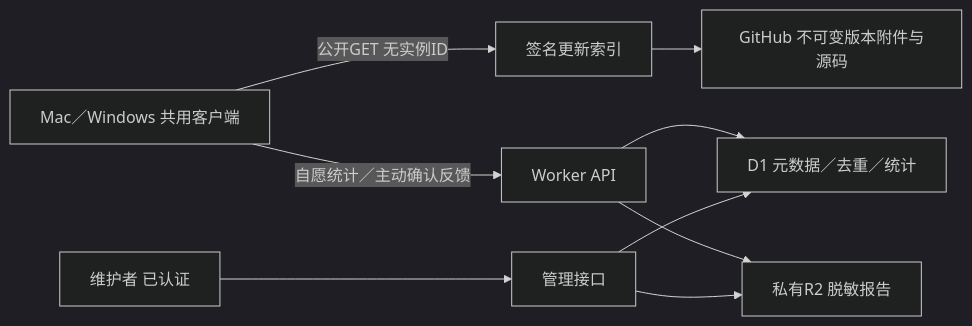
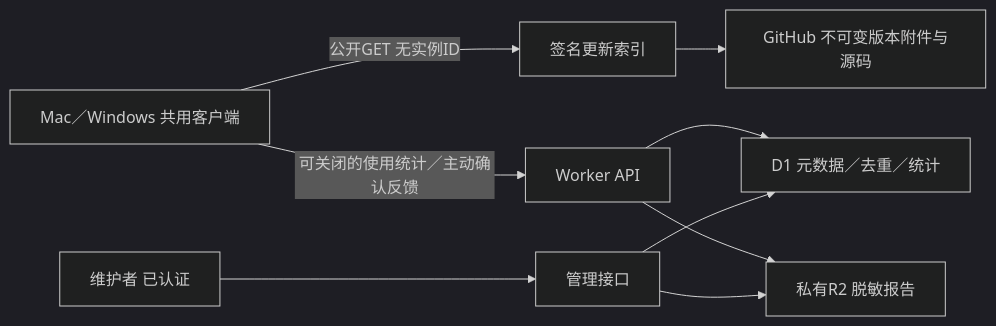
One commit to xyzhangxin/sony-a6700-powerful changed the diagram in 应用/docs/轻量服务端设计.md. Above: the diagram before and after it, drawn with Mermaid (dark theme). The commit also changed other lines of this file and 233 other files, not shown here.

````diff
--- a/应用/docs/轻量服务端设计.md
+++ b/应用/docs/轻量服务端设计.md
@@ -9,11 +9,11 @@
 ```mermaid
 flowchart LR
   Client[Mac／Windows 共用客户端] -->|公开GET 无实例ID| Index[签名更新索引]
   Index --> Releases[GitHub 不可变版本附件与源码]
-  Client -->|自愿统计／主动确认反馈| API[Worker API]
+  Client -->|可关闭的使用统计／主动确认反馈| API[Worker API]
   API --> DB[D1 元数据／去重／统计]
   API --> Logs[私有R2 脱敏报告]
   Admin[维护者 已认证] --> Read[管理接口]
   Read --> DB
   Read --> Logs
 ```
````
